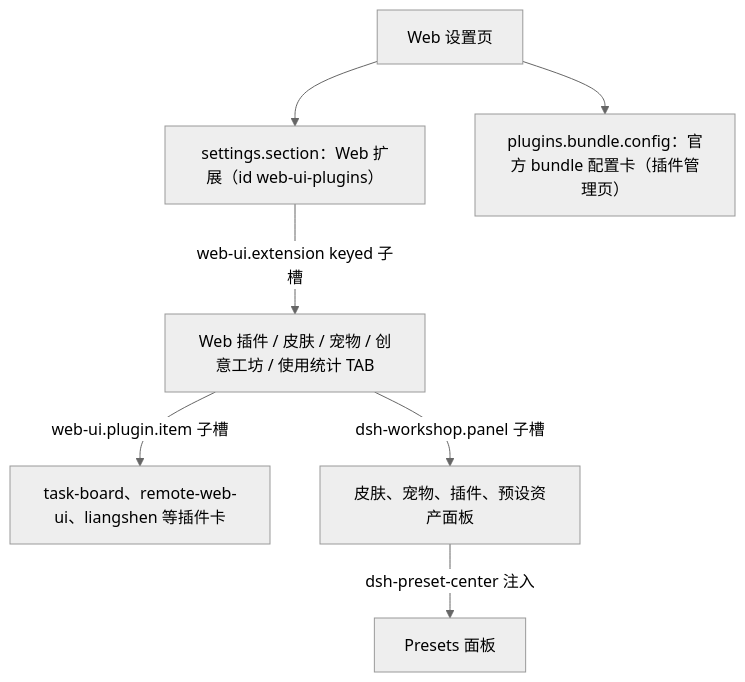
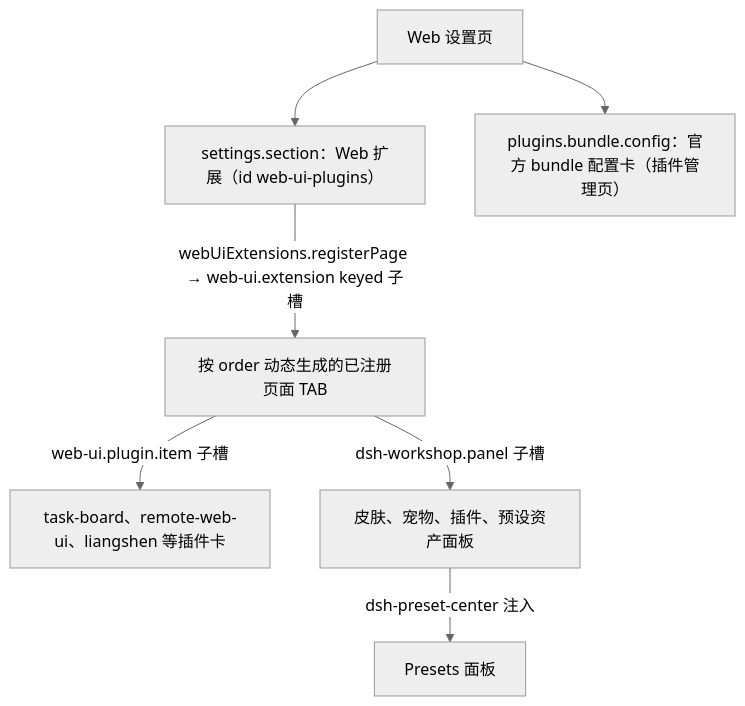
Before and after one commit to LoveDoLove-Forked-Projects/dsh-web: the fifth of 9 diagrams in docs/architecture.md, drawn with Mermaid (neutral theme). The commit also changed other lines of this file and 31 other files, not shown here.

First line of the commit message:
feat(settings): merge the extension pages into one Web extensions entry

````diff
--- a/docs/architecture.md
+++ b/docs/architecture.md
@@ -90,9 +90,9 @@
 ```mermaid
 flowchart TB
     S["Web 设置页"] --> G["settings.section：Web 扩展（id web-ui-plugins）"]
-    G -- "web-ui.extension keyed 子槽" --> E["Web 插件 / 皮肤 / 宠物 / 创意工坊 / 使用统计 TAB"]
+    G -- "webUiExtensions.registerPage → web-ui.extension keyed 子槽" --> E["按 order 动态生成的已注册页面 TAB"]
     E -- "web-ui.plugin.item 子槽" --> C["task-board、remote-web-ui、liangshen 等插件卡"]
     E -- "dsh-workshop.panel 子槽" --> F["皮肤、宠物、插件、预设资产面板"]
     F -- "dsh-preset-center 注入" --> F1["Presets 面板"]
     S --> O["plugins.bundle.config：官方 bundle 配置卡（插件管理页）"]
 ```
````
